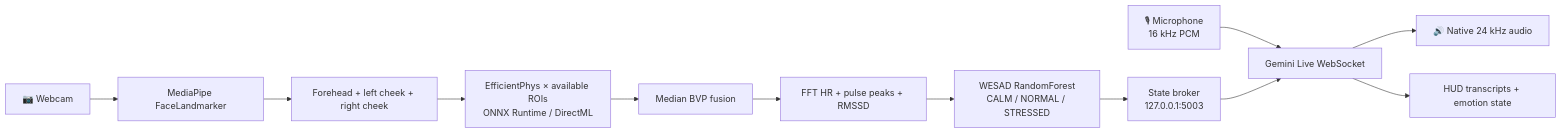
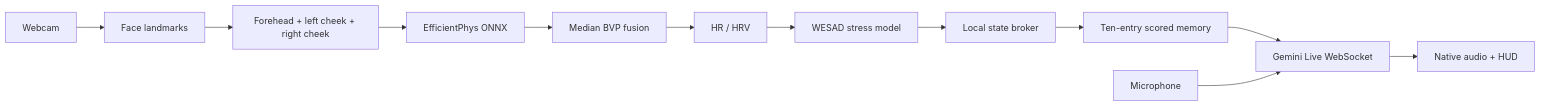
The diagram in README.md (Devarajan-Maheshwaran/WebPulse), drawn with Mermaid before and after one commit. The commit also changed other lines of this file, not shown here.

````diff
--- a/README.md
+++ b/README.md
@@ -29,14 +46,14 @@
 ```mermaid
 flowchart LR
-    CAM["📷 Webcam"] --> MP["MediaPipe FaceLandmarker"]
-    MP --> ROI["Forehead + left cheek + right cheek"]
-    ROI --> EP["EfficientPhys × available ROIs\nONNX Runtime / DirectML"]
-    EP --> FUSE["Median BVP fusion"]
-    FUSE --> HR["FFT HR + pulse peaks + RMSSD"]
-    HR --> WESAD["WESAD RandomForest\nCALM / NORMAL / STRESSED"]
-    WESAD --> BROKER["State broker\n127.0.0.1:5003"]
-    MIC["🎙 Microphone\n16 kHz PCM"] --> LIVE["Gemini Live WebSocket"]
-    BROKER --> LIVE
-    LIVE --> SPK["🔊 Native 24 kHz audio"]
-    LIVE --> HUD["HUD transcripts + emotion state"]
+    C[Webcam] --> L[Face landmarks]
+    L --> R[Forehead + left cheek + right cheek]
+    R --> E[EfficientPhys ONNX]
+    E --> B[Median BVP fusion]
+    B --> P[HR / HRV]
+    P --> W[WESAD stress model]
+    W --> S[Local state broker]
+    S --> M[Ten-entry scored memory]
+    M --> G[Gemini Live WebSocket]
+    A[Microphone] --> G
+    G --> O[Native audio + HUD]
 ```
````
